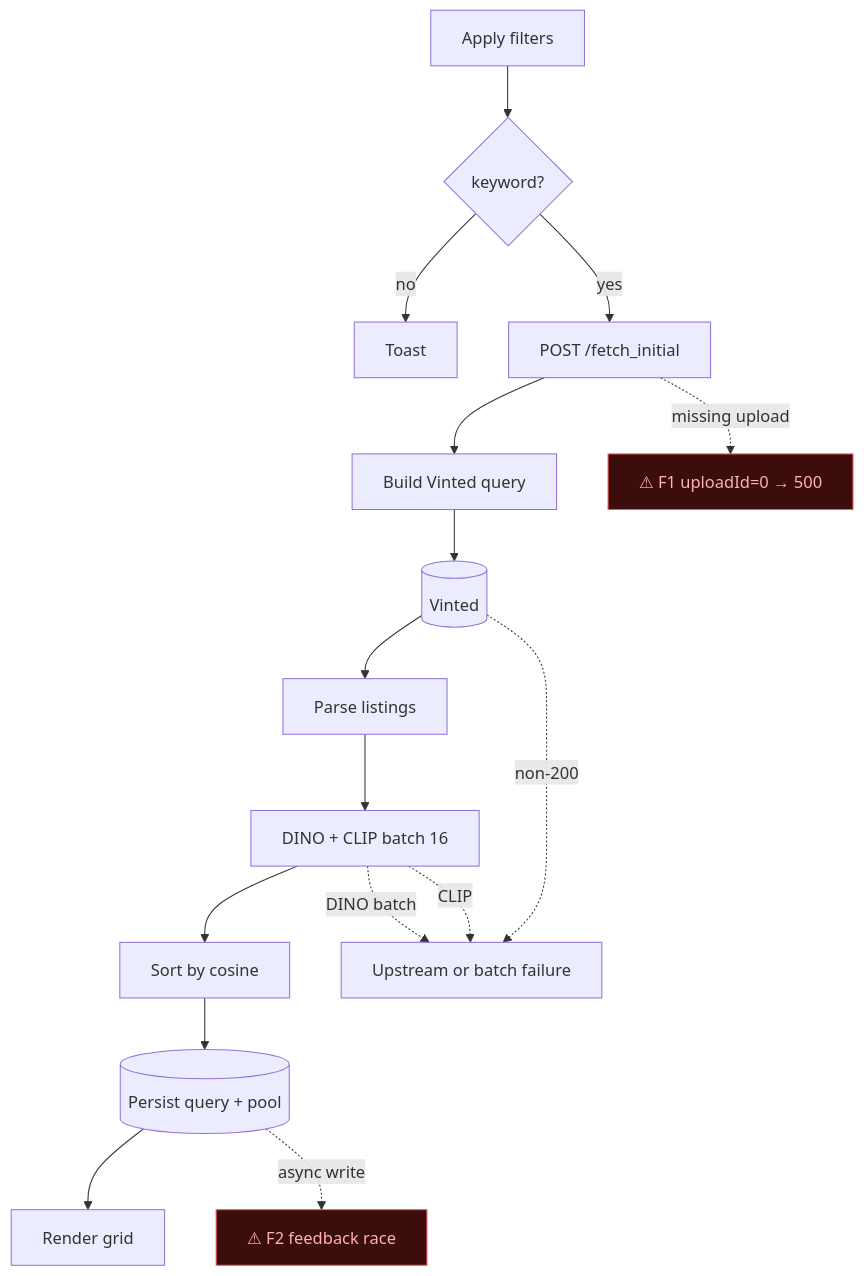
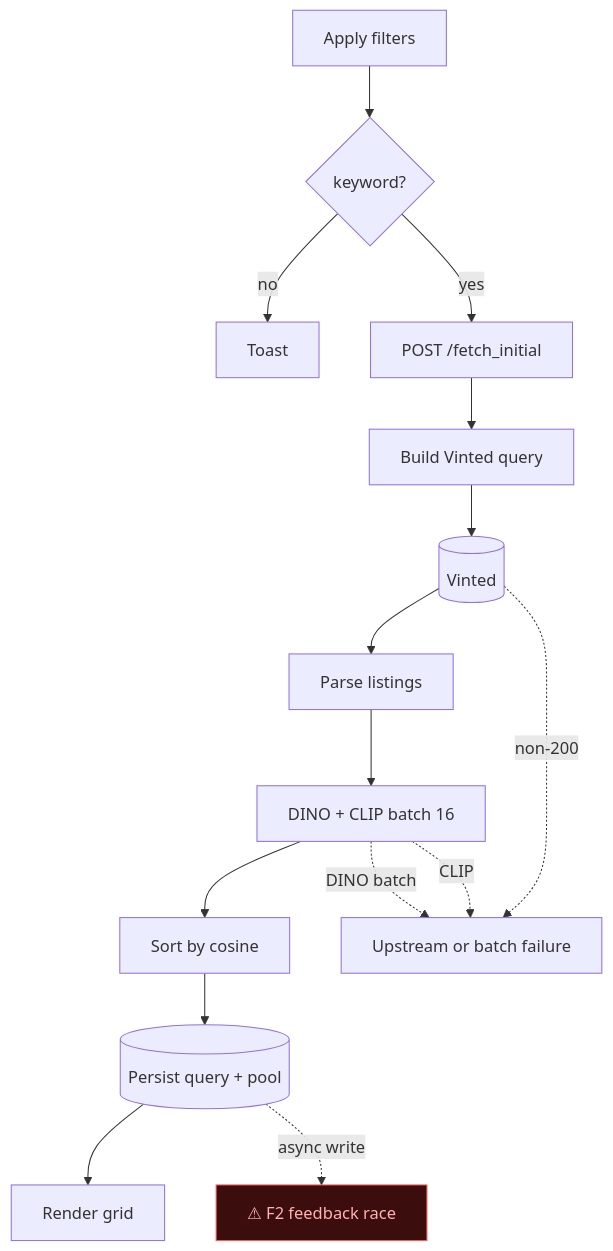
Before and after one commit to bvechiato/rack-sorter: the third of 6 diagrams in docs/flows/README.md, drawn with Mermaid. The commit also changed other lines of this file and 4 other files, not shown here.

````diff
--- a/docs/flows/README.md
+++ b/docs/flows/README.md
@@ -152,22 +151,21 @@
 ```mermaid
 flowchart TD
     classDef fault fill:#3b0d0d,stroke:#ff5a5a,color:#ffb3b3;
 
     A[Apply filters] --> K{keyword?}
     K -- no --> KE[Toast]
     K -- yes --> Q[POST /fetch_initial]
     Q --> B[Build Vinted query]
     B --> V[(Vinted)]
     V --> P[Parse listings]
     P --> D[DINO + CLIP batch 16]
     D --> R[Sort by cosine]
     R --> S[(Persist query + pool)]
     S --> G[Render grid]
     V -. non-200 .-> ERR[Upstream or batch failure]
     D -. DINO batch .-> ERR
     D -. CLIP .-> ERR
-    Q -. missing upload .-> F1[⚠ F1 uploadId=0 → 500]
     S -. async write .-> F2[⚠ F2 feedback race]
 
-    class F1,F2 fault
+    class F2 fault
 ```
````
